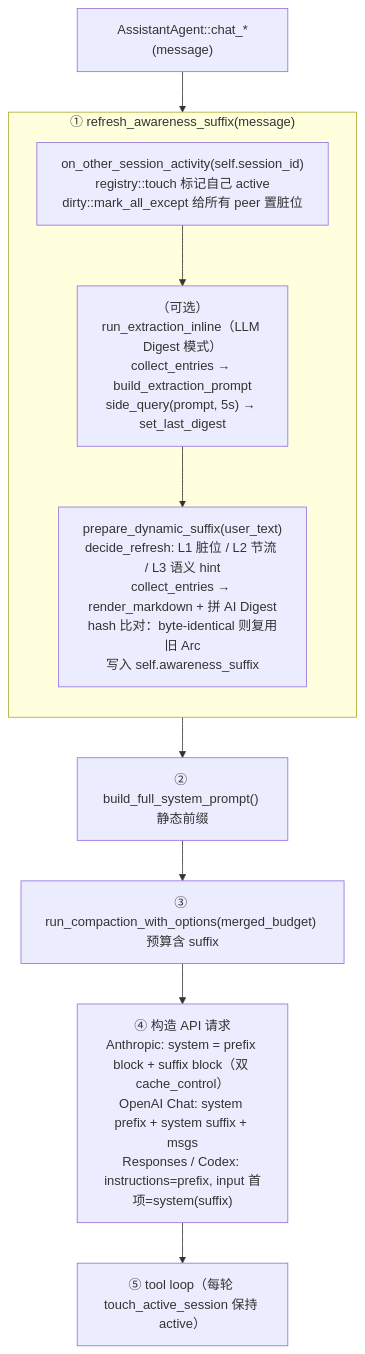
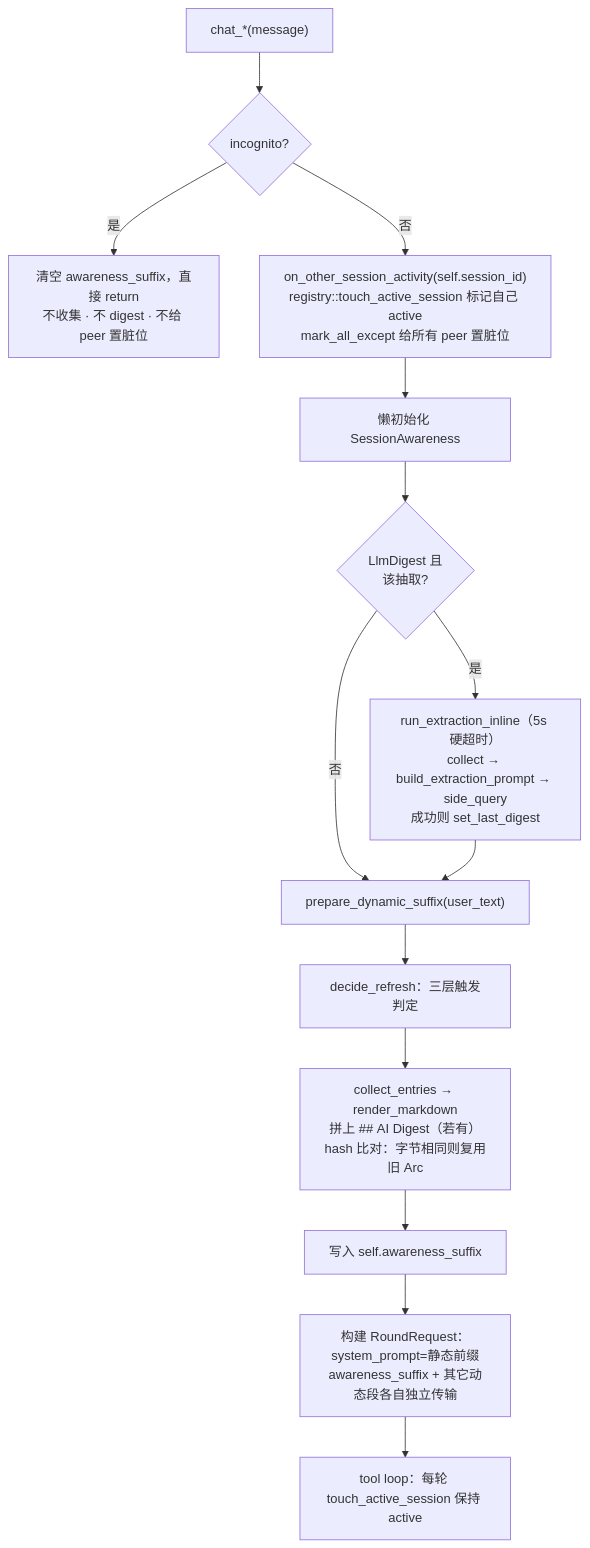
Before and after one commit to shiwenwen/hope-agent: the third of 5 diagrams in docs/architecture/behavior-awareness.md, drawn with Mermaid. The commit also changed other lines of this file and 11 other files, not shown here.

First line of the commit message:
🦭docs: 第三批 12 篇按新标准重做（onboarding/macos-permissions/context-retrieval/agent-control/behavior-awareness/openclaw-import/background-jobs/worktree/git-control/workspace/file-operations/ui-interaction-system）

````diff
--- a/docs/architecture/behavior-awareness.md
+++ b/docs/architecture/behavior-awareness.md
@@ -40,18 +108,17 @@
 ```mermaid
 flowchart TD
-    CHAT["AssistantAgent::chat_*(message)"]
-    subgraph "① refresh_awareness_suffix(message)"
-        direction TB
-        ACT["on_other_session_activity(self.session_id)<br/>registry::touch 标记自己 active<br/>dirty::mark_all_except 给所有 peer 置脏位"]
-        EXT["（可选）run_extraction_inline（LLM Digest 模式）<br/>collect_entries → build_extraction_prompt<br/>side_query(prompt, 5s) → set_last_digest"]
-        PREP["prepare_dynamic_suffix(user_text)<br/>decide_refresh: L1 脏位 / L2 节流 / L3 语义 hint<br/>collect_entries → render_markdown + 拼 AI Digest<br/>hash 比对：byte-identical 则复用旧 Arc<br/>写入 self.awareness_suffix"]
-        ACT --> EXT --> PREP
-    end
-    STEP2["② build_full_system_prompt() 静态前缀"]
-    STEP3["③ run_compaction_with_options(merged_budget) 预算含 suffix"]
-    STEP4["④ 构造 API 请求<br/>Anthropic: system = prefix block + suffix block（双 cache_control）<br/>OpenAI Chat: system prefix + system suffix + msgs<br/>Responses / Codex: instructions=prefix, input 首项=system(suffix)"]
-    STEP5["⑤ tool loop（每轮 touch_active_session 保持 active）"]
+    CHAT["chat_*(message)"] --> INC{incognito?}
+    INC -- 是 --> CLR["清空 awareness_suffix，直接 return<br/>不收集 · 不 digest · 不给 peer 置脏位"]
+    INC -- 否 --> ACT["on_other_session_activity(self.session_id)<br/>registry::touch_active_session 标记自己 active<br/>mark_all_except 给所有 peer 置脏位"]
+    ACT --> LAZY["懒初始化 SessionAwareness"]
+    LAZY --> EXT{LlmDigest 且<br/>该抽取?}
+    EXT -- 是 --> RUN["run_extraction_inline（5s 硬超时）<br/>collect → build_extraction_prompt → side_query<br/>成功则 set_last_digest"]
+    EXT -- 否 --> PREP
+    RUN --> PREP["prepare_dynamic_suffix(user_text)"]
+    PREP --> DEC["decide_refresh：三层触发判定"]
+    DEC --> BUILD["collect_entries → render_markdown<br/>拼上 ## AI Digest（若有）<br/>hash 比对：字节相同则复用旧 Arc"]
+    BUILD --> STORE["写入 self.awareness_suffix"]
 
-    CHAT --> ACT
-    PREP --> STEP2 --> STEP3 --> STEP4 --> STEP5
+    STORE --> REQ["构建 RoundRequest：<br/>system_prompt=静态前缀<br/>awareness_suffix + 其它动态段各自独立传输"]
+    REQ --> LOOP["tool loop：每轮 touch_active_session 保持 active"]
 ```
````
